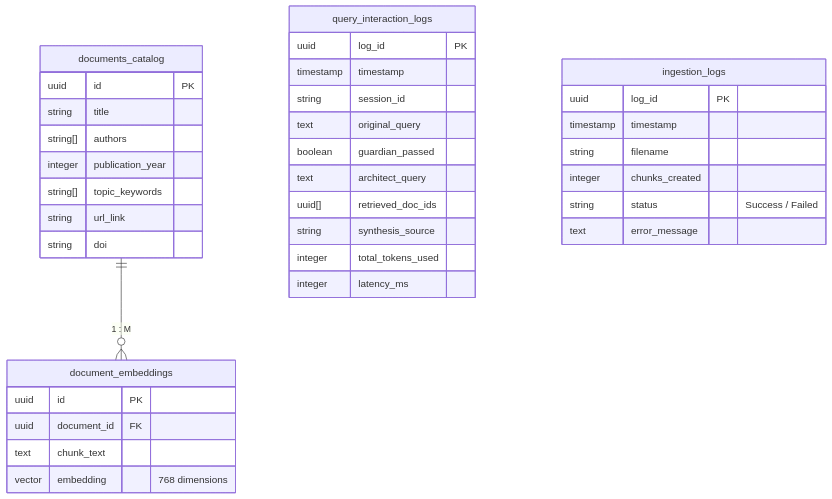
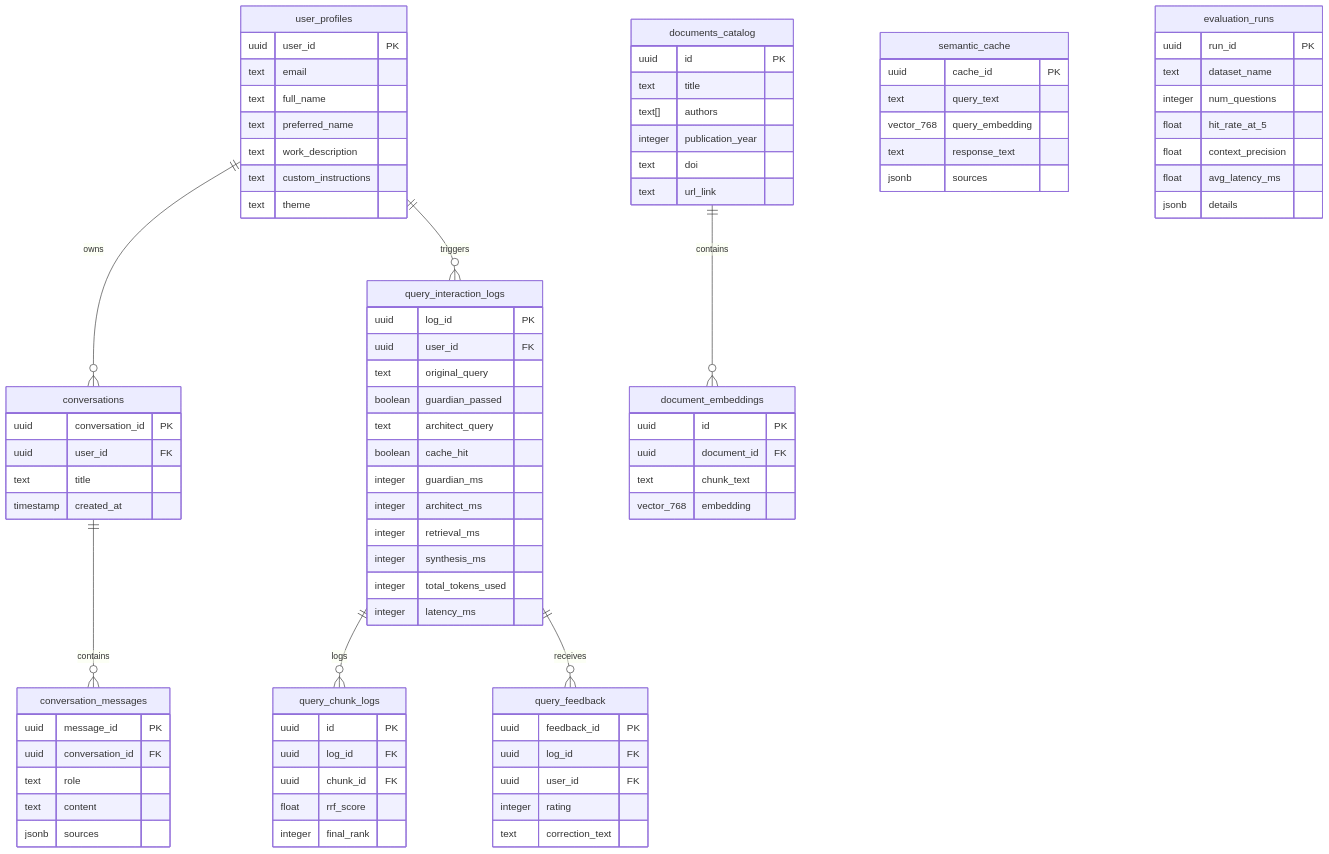
The diagram in docs/database_schema.md (BongweKE/acAIcia), drawn with Mermaid before and after one commit. The commit also changed other lines of this file and 9 other files, not shown here.

Commit message:
feat: upgrade acAIcia with user settings, in-chat feedback, semantic caching, hybrid search RRF, and RAG evals

````diff
--- a/docs/database_schema.md
+++ b/docs/database_schema.md
@@ -11,41 +9,99 @@
 ```mermaid
 erDiagram
-    documents_catalog ||--o{ document_embeddings : "1 : M"
+    user_profiles ||--o{ conversations : owns
+    conversations ||--o{ conversation_messages : contains
+    documents_catalog ||--o{ document_embeddings : contains
+    query_interaction_logs ||--o{ query_chunk_logs : logs
+    query_interaction_logs ||--o{ query_feedback : receives
+    user_profiles ||--o{ query_interaction_logs : triggers
+    
+    user_profiles {
+        uuid user_id PK
+        text email
+        text full_name
+        text preferred_name
+        text work_description
+        text custom_instructions
+        text theme
+    }
+    
+    conversations {
+        uuid conversation_id PK
+        uuid user_id FK
+        text title
+        timestamp created_at
+    }
+
+    conversation_messages {
+        uuid message_id PK
+        uuid conversation_id FK
+        text role
+        text content
+        jsonb sources
+    }
+
     documents_catalog {
         uuid id PK
-        string title
-        string[] authors
+        text title
+        text[] authors
         integer publication_year
-        string[] topic_keywords
-        string url_link
-        string doi
+        text doi
+        text url_link
     }
+
     document_embeddings {
         uuid id PK
         uuid document_id FK
         text chunk_text
-        vector embedding "768 dimensions"
+        vector_768 embedding
     }
 
     query_interaction_logs {
         uuid log_id PK
-        timestamp timestamp
-        string session_id
+        uuid user_id FK
         text original_query
         boolean guardian_passed
         text architect_query
-        uuid[] retrieved_doc_ids
-        string synthesis_source
+        boolean cache_hit
+        integer guardian_ms
+        integer architect_ms
+        integer retrieval_ms
+        integer synthesis_ms
         integer total_tokens_used
         integer latency_ms
     }
 
-    ingestion_logs {
-        uuid log_id PK
-        timestamp timestamp
-        string filename
-        integer chunks_created
-        string status "Success / Failed"
-        text error_message
+    query_chunk_logs {
+        uuid id PK
+        uuid log_id FK
+        uuid chunk_id FK
+        float rrf_score
+        integer final_rank
+    }
+
+    query_feedback {
+        uuid feedback_id PK
+        uuid log_id FK
+        uuid user_id FK
+        integer rating
+        text correction_text
+    }
+
+    semantic_cache {
+        uuid cache_id PK
+        text query_text
+        vector_768 query_embedding
+        text response_text
+        jsonb sources
+    }
+
+    evaluation_runs {
+        uuid run_id PK
+        text dataset_name
+        integer num_questions
+        float hit_rate_at_5
+        float context_precision
+        float avg_latency_ms
+        jsonb details
     }
 ```
````
